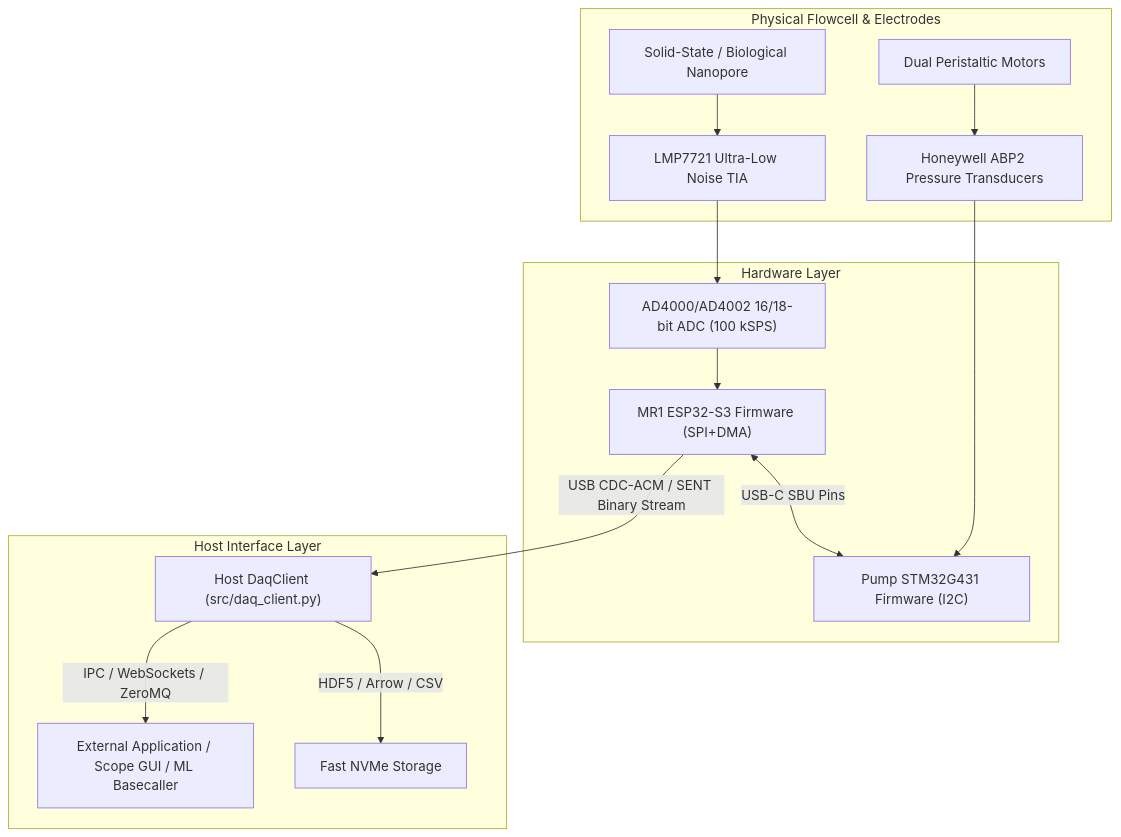
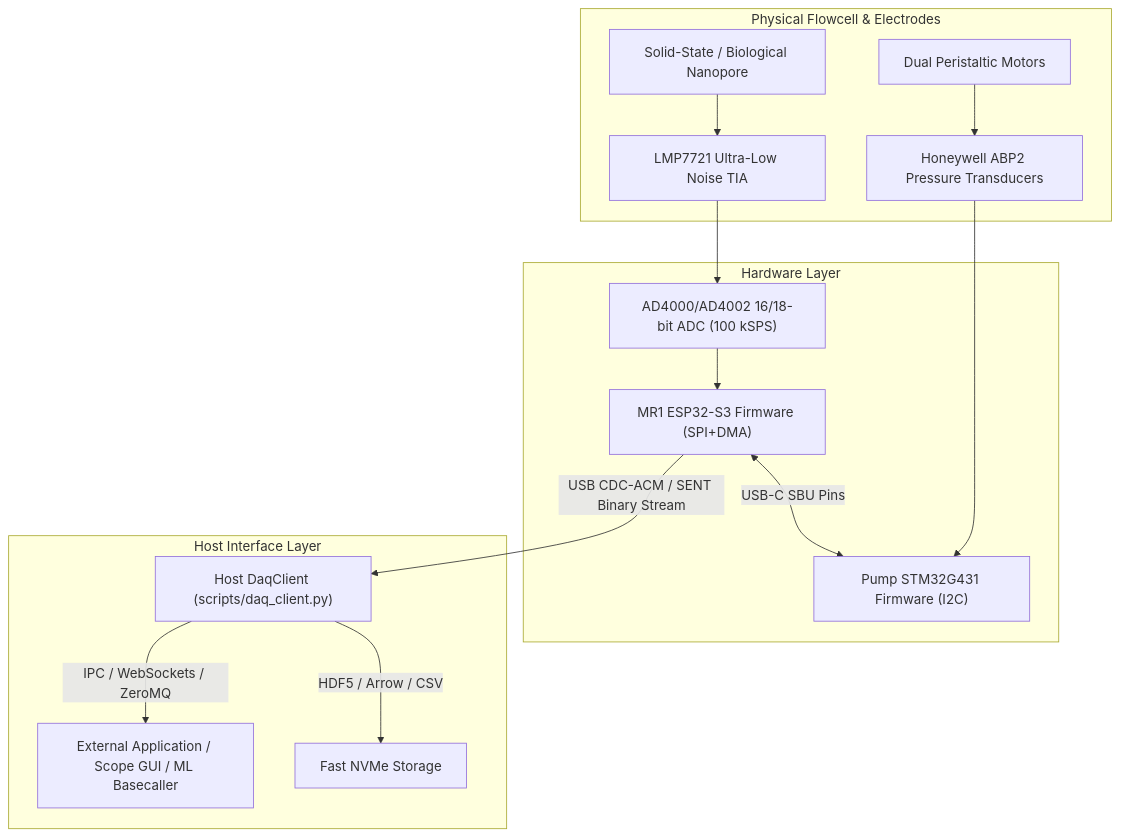
Before and after one commit to EpicQuestBio/MR1: the first of 2 diagrams in docs/DAQ_STREAMING_SPEC.md, drawn with Mermaid. The commit also changed other lines of this file, not shown here.

Commit message:
docs(spec): harmonize DAQ streaming spec with MR1 data exchange spec and firmware protocol

````diff
--- a/docs/DAQ_STREAMING_SPEC.md
+++ b/docs/DAQ_STREAMING_SPEC.md
@@ -19,20 +19,20 @@
 ```mermaid
 flowchart TD
     subgraph Flowcell ["Physical Flowcell & Electrodes"]
         Pore["Solid-State / Biological Nanopore"] --> TIA["LMP7721 Ultra-Low Noise TIA"]
         Pumps["Dual Peristaltic Motors"] --> Press["Honeywell ABP2 Pressure Transducers"]
     end
 
     subgraph Hardware ["Hardware Layer"]
         TIA --> ADC["AD4000/AD4002 16/18-bit ADC (100 kSPS)"]
         ADC --> MCU_MR1["MR1 ESP32-S3 Firmware (SPI+DMA)"]
         Press --> MCU_Pump["Pump STM32G431 Firmware (I2C)"]
         MCU_MR1 <-->|USB-C SBU Pins| MCU_Pump
     end
 
     subgraph Host ["Host Interface Layer"]
-        MCU_MR1 -->|USB CDC-ACM / SENT Binary Stream| PyDAQ["Host DaqClient (src/daq_client.py)"]
+        MCU_MR1 -->|USB CDC-ACM / SENT Binary Stream| PyDAQ["Host DaqClient (scripts/daq_client.py)"]
         PyDAQ -->|IPC / WebSockets / ZeroMQ| ExternalApp["External Application / Scope GUI / ML Basecaller"]
         PyDAQ -->|HDF5 / Arrow / CSV| Storage["Fast NVMe Storage"]
     end
 ```
````
